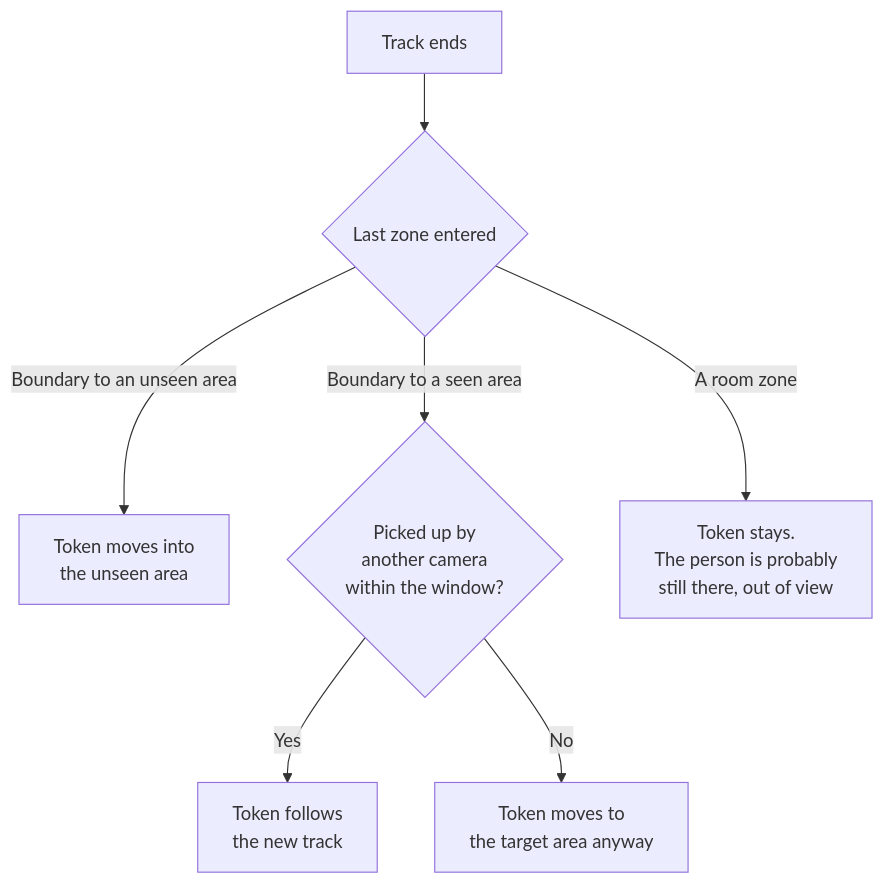
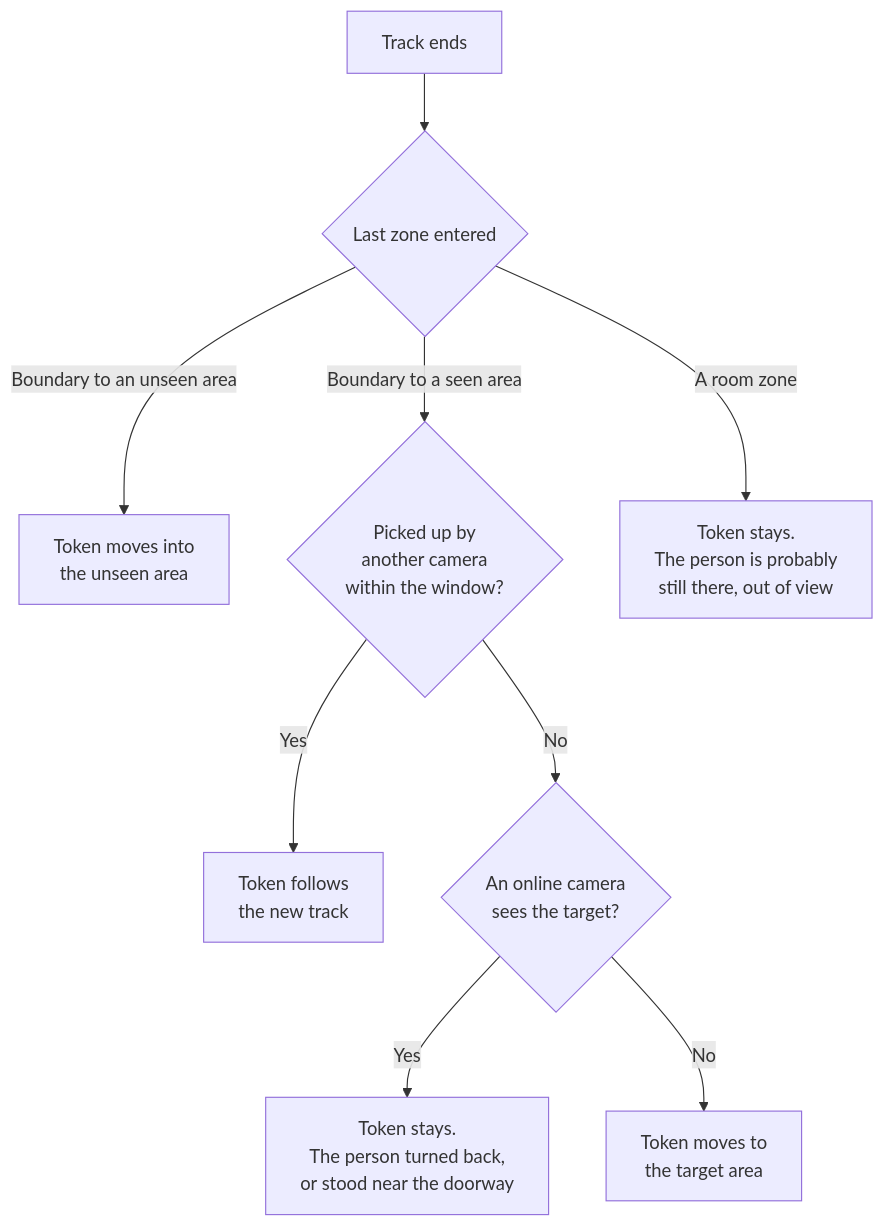
The second of 2 diagrams in docs/architecture/ROOM_PRESENCE.md (NickBorgers/home-automation), drawn with Mermaid before and after one commit. The commit also changed other lines of this file and 2 other files, not shown here.

First line of the commit message:
roompresence: drop the people-count cap; fix doorway hand-offs (#1269)

````diff
--- a/docs/architecture/ROOM_PRESENCE.md
+++ b/docs/architecture/ROOM_PRESENCE.md
@@ -137,9 +146,11 @@
 ```mermaid
 flowchart TD
     endEv["Track ends"] --> last{"Last zone entered"}
     last -->|"Boundary to an unseen area"| into["Token moves into<br/>the unseen area"]
     last -->|"Boundary to a seen area"| handoff{"Picked up by<br/>another camera<br/>within the window?"}
     handoff -->|"Yes"| moved["Token follows<br/>the new track"]
-    handoff -->|"No"| gap["Token moves to<br/>the target area anyway"]
+    handoff -->|"No"| covered{"An online camera<br/>sees the target?"}
+    covered -->|"Yes"| stayDoor["Token stays.<br/>The person turned back,<br/>or stood near the doorway"]
+    covered -->|"No"| gap["Token moves to<br/>the target area"]
     last -->|"A room zone"| stay["Token stays.<br/>The person is probably<br/>still there, out of view"]
 ```
````
